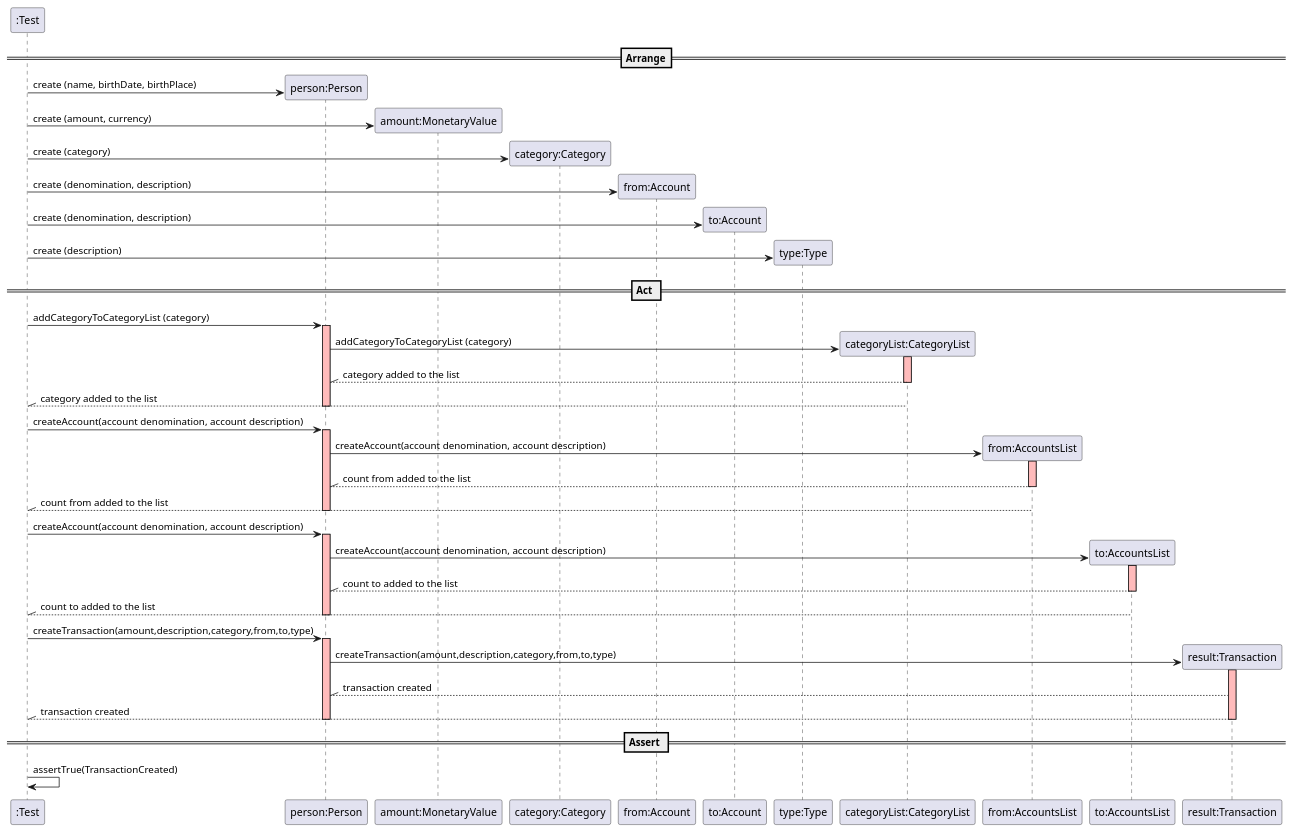
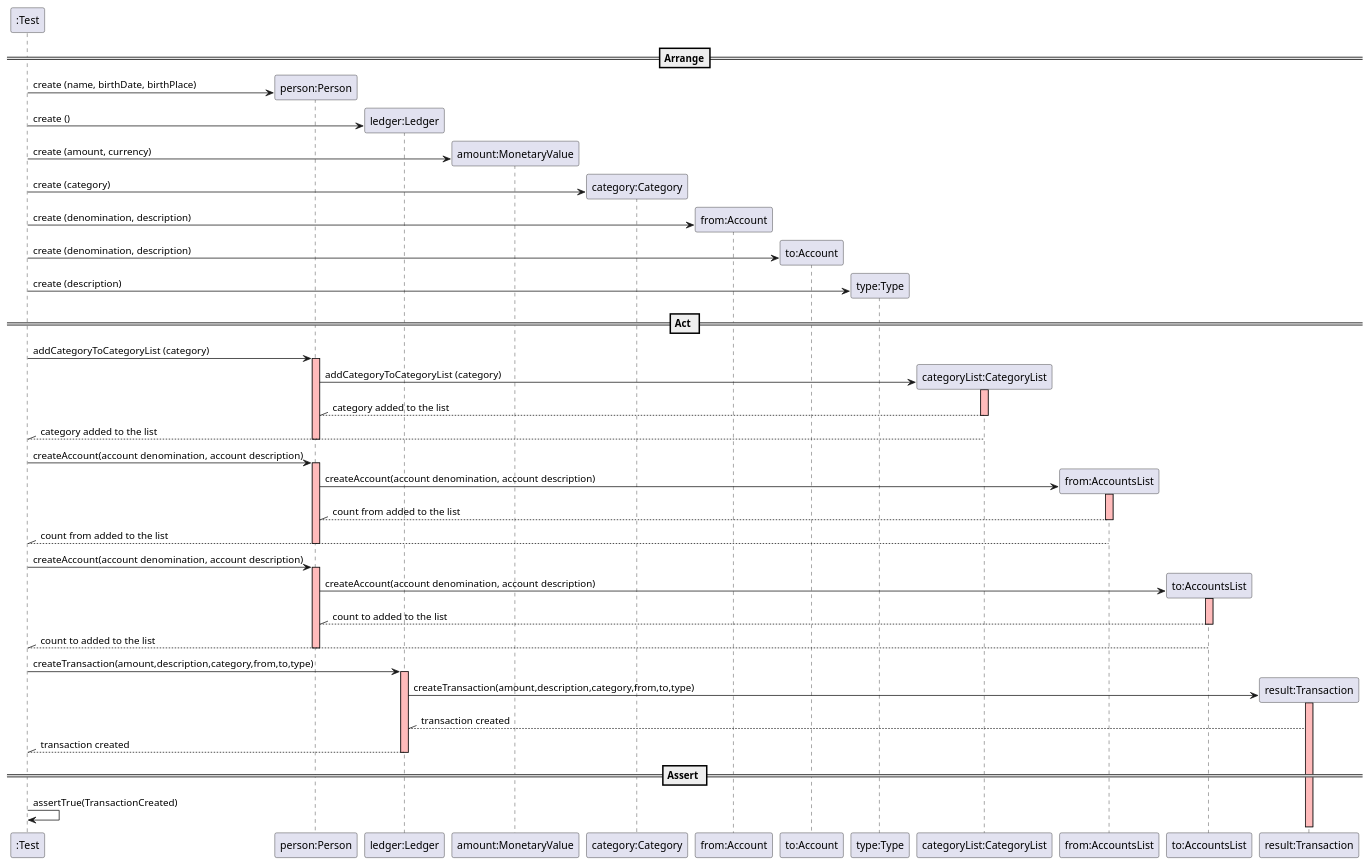
Before and after one commit to mleitaoribeiro/DevOpsMaven: the diagram in docs/SequenceDiagram - UserStory8.puml, drawn with PlantUML.

```diff
--- a/docs/SequenceDiagram - UserStory8.puml
+++ b/docs/SequenceDiagram - UserStory8.puml
@@ -1,80 +1,83 @@
 @startuml
 create ":Test"
 
 ==Arrange==
 
 create "person:Person"
 ":Test" -> "person:Person" : create (name, birthDate, birthPlace)
+
+create "ledger:Ledger"
+":Test" -> "ledger:Ledger" : create ()
 
 create "amount:MonetaryValue"
 ":Test" -> "amount:MonetaryValue" : create (amount, currency)
 
 create "category:Category"
 ":Test" -> "category:Category" : create (category)
 
 create "from:Account"
 ":Test" -> "from:Account" : create (denomination, description)
 
 
 create "to:Account"
 ":Test" -> "to:Account" : create (denomination, description)
 
 
 create "type:Type"
 ":Test" -> "type:Type" : create (description)
 
 
 == Act ==
 
 ":Test" -> "person:Person" : addCategoryToCategoryList (category)
 activate "person:Person"  #FFBBBB
 
 create "categoryList:CategoryList"
 "person:Person" -> "categoryList:CategoryList" : addCategoryToCategoryList (category)
 activate "categoryList:CategoryList"  #FFBBBB
 "person:Person" //-- "categoryList:CategoryList" : category added to the list
 deactivate "categoryList:CategoryList" #FFBBBB
 ":Test" //-- "categoryList:CategoryList" : category added to the list
 deactivate "person:Person" #FFBBBB
 
 
 ":Test" -> "person:Person" : createAccount(account denomination, account description)
 activate "person:Person"  #FFBBBB
 create "from:AccountsList"
 "person:Person" -> "from:AccountsList" : createAccount(account denomination, account description)
 activate "from:AccountsList"  #FFBBBB
 "person:Person" //-- "from:AccountsList" : count from added to the list
 deactivate "from:AccountsList" #FFBBBB
 ":Test" //-- "from:AccountsList" : count from added to the list
 deactivate "from:AccountsList" #FFBBBB
 deactivate "person:Person" #FFBBBB
 
 
 ":Test" -> "person:Person" : createAccount(account denomination, account description)
 activate "person:Person"  #FFBBBB
 create "to:AccountsList"
 "person:Person" -> "to:AccountsList" : createAccount(account denomination, account description)
 activate "to:AccountsList"  #FFBBBB
 "person:Person" //-- "to:AccountsList" : count to added to the list
 deactivate "to:AccountsList" #FFBBBB
 ":Test" //-- "to:AccountsList" : count to added to the list
 deactivate "to:AccountsList" #FFBBBB
 deactivate "person:Person" #FFBBBB
 
 
-":Test" -> "person:Person" : createTransaction(amount,description,category,from,to,type)
-activate "person:Person"  #FFBBBB
+":Test" -> "ledger:Ledger" : createTransaction(amount,description,category,from,to,type)
+activate "ledger:Ledger"  #FFBBBB
 create "result:Transaction"
-"person:Person" -> "result:Transaction" : createTransaction(amount,description,category,from,to,type)
+
+"ledger:Ledger" -> "result:Transaction" : createTransaction(amount,description,category,from,to,type)
 activate "result:Transaction"  #FFBBBB
-"person:Person" //-- "result:Transaction"  : transaction created
-":Test" //-- "result:Transaction" : transaction created
-deactivate "result:Transaction" #FFBBBB
-deactivate "person:Person" #FFBBBB
+"ledger:Ledger" //-- "result:Transaction"  : transaction created
+":Test" //-- "ledger:Ledger" : transaction created
+deactivate "ledger:Ledger" #FFBBBB
 
 
 == Assert ==
 
 ":Test" -> ":Test" : assertTrue(TransactionCreated)
 
 @enduml
```
